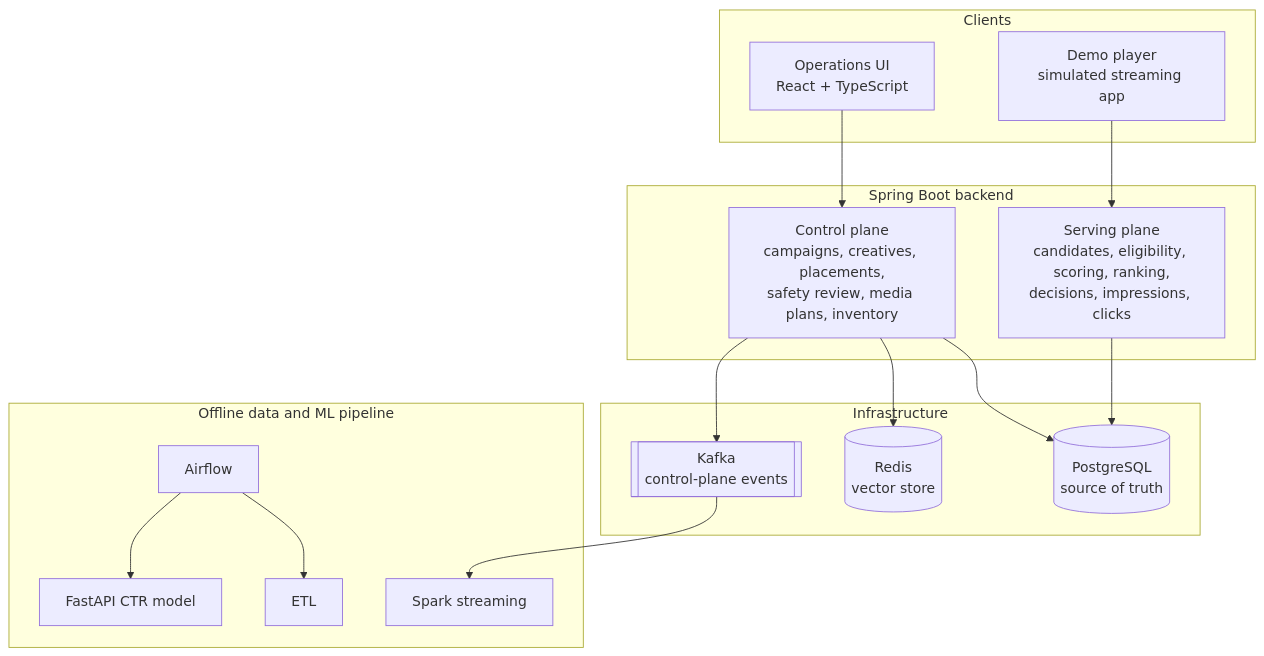
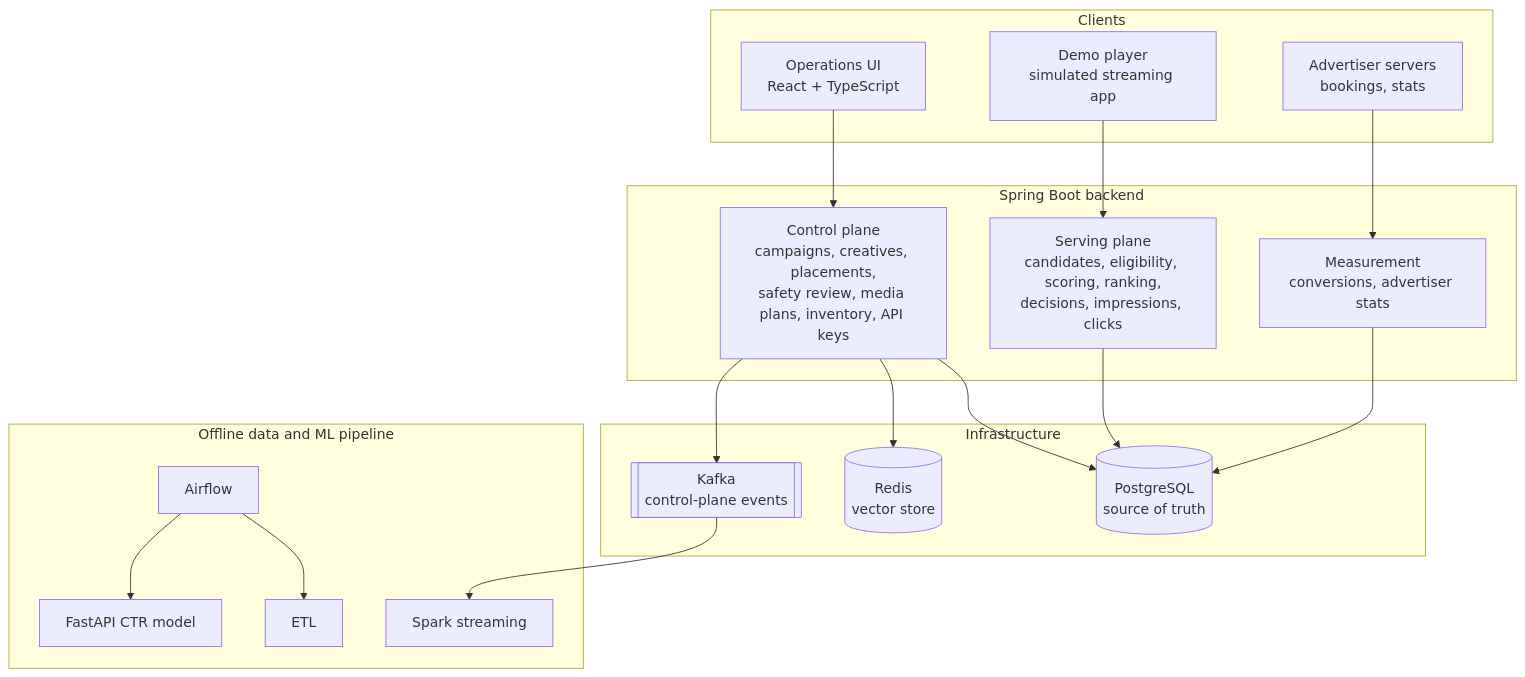
Before and after one commit to shreya2agrawal/streaming-ads-pipeline: the first of 2 diagrams in docs/ARCHITECTURE.md, drawn with Mermaid. The commit also changed other lines of this file and 1 other file, not shown here.

First line of the commit message:
docs: conversions, API keys, advertiser stats, roadmap

````diff
--- a/docs/ARCHITECTURE.md
+++ b/docs/ARCHITECTURE.md
@@ -12,35 +13,39 @@
 ```mermaid
 flowchart TB
     subgraph clients[Clients]
         ops[Operations UI<br/>React + TypeScript]
         player[Demo player<br/>simulated streaming app]
+        advertiser[Advertiser servers<br/>bookings, stats]
     end
 
     subgraph backend[Spring Boot backend]
-        control[Control plane<br/>campaigns, creatives, placements,<br/>safety review, media plans, inventory]
+        control[Control plane<br/>campaigns, creatives, placements,<br/>safety review, media plans, inventory, API keys]
         serving[Serving plane<br/>candidates, eligibility, scoring, ranking,<br/>decisions, impressions, clicks]
+        measurement[Measurement<br/>conversions, advertiser stats]
     end
 
     subgraph stores[Infrastructure]
         pg[(PostgreSQL<br/>source of truth)]
         redis[(Redis<br/>vector store)]
         kafka[[Kafka<br/>control-plane events]]
     end
 
     subgraph offline[Offline data and ML pipeline]
         etl[ETL]
         spark[Spark streaming]
         airflow[Airflow]
         ml[FastAPI CTR model]
     end
 
     ops --> control
     player --> serving
+    advertiser --> measurement
     control --> pg
     serving --> pg
+    measurement --> pg
     control --> redis
     control --> kafka
     kafka --> spark
     airflow --> etl
     airflow --> ml
 ```
````
